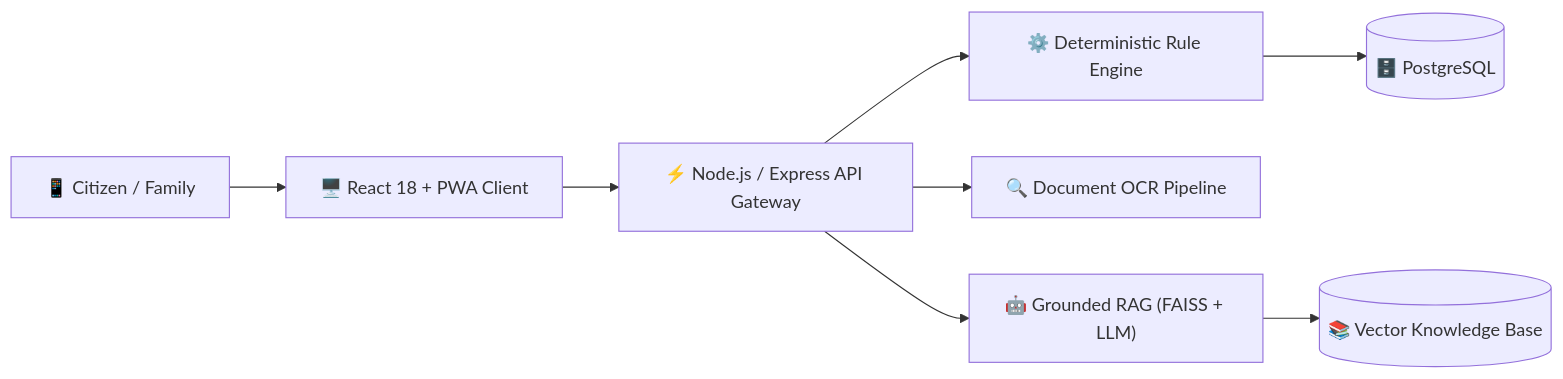
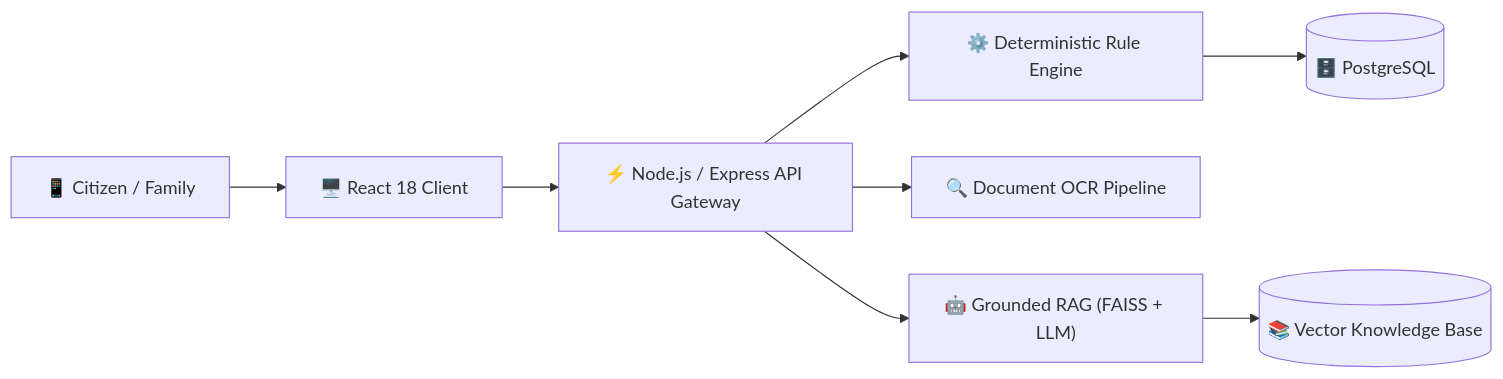
One commit to ABHINAVJINDAL26/Sarthi_goverment_scheme changed the diagram in README.md. Above: the diagram before and after it, drawn with Mermaid. The commit also changed other lines of this file and 5 other files, not shown here.

````diff
--- a/README.md
+++ b/README.md
@@ -40,10 +40,10 @@
 ```mermaid
 graph LR
-    User["📱 Citizen / Family"] --> UI["🖥️ React 18 + PWA Client"]
+    User["📱 Citizen / Family"] --> UI["🖥️ React 18 Client"]
     UI --> API["⚡ Node.js / Express API Gateway"]
     API --> RuleEngine["⚙️ Deterministic Rule Engine"]
     API --> OCR["🔍 Document OCR Pipeline"]
     API --> RAG["🤖 Grounded RAG (FAISS + LLM)"]
     RuleEngine --> DB[("🗄️ PostgreSQL")]
     RAG --> VectorStore[("📚 Vector Knowledge Base")]
 ```
````
